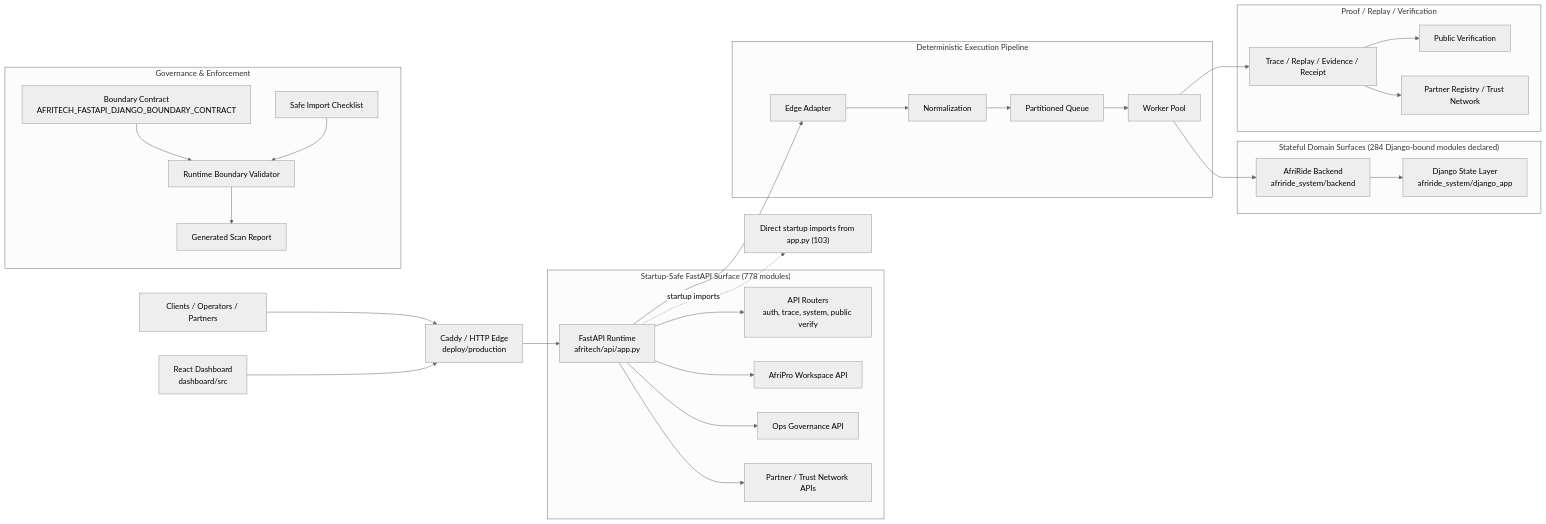
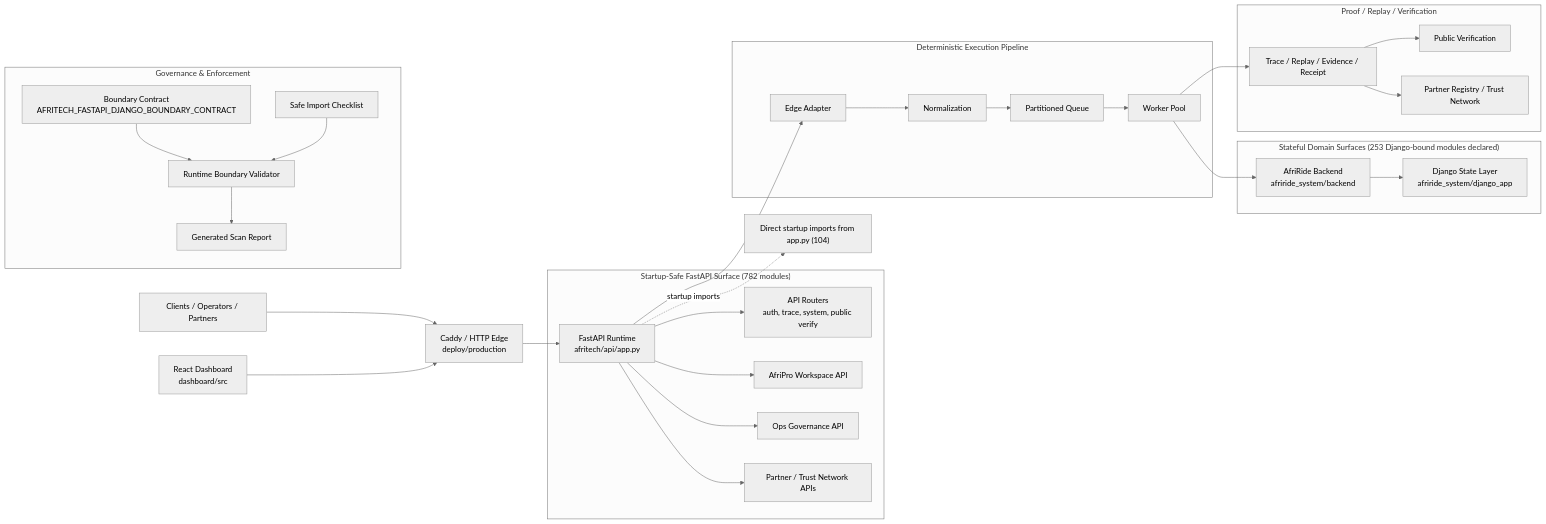
Before and after one commit to Strelly2023/afritelematics: the first of 2 diagrams in docs/architecture/AFRITECH_FULL_ARCHITECTURE_GRAPH.md, drawn with Mermaid (neutral theme). The commit also changed other lines of this file and 25 other files, not shown here.

````diff
--- a/docs/architecture/AFRITECH_FULL_ARCHITECTURE_GRAPH.md
+++ b/docs/architecture/AFRITECH_FULL_ARCHITECTURE_GRAPH.md
@@ -22,39 +22,39 @@
 ```mermaid
 flowchart LR
     Client["Clients / Operators / Partners"] --> Edge["Caddy / HTTP Edge\ndeploy/production"]
     Dashboard["React Dashboard\ndashboard/src"] --> Edge
     Edge --> App["FastAPI Runtime\nafritech/api/app.py"]
 
-    subgraph FastAPI["Startup-Safe FastAPI Surface (778 modules)"]
+    subgraph FastAPI["Startup-Safe FastAPI Surface (782 modules)"]
         App --> Api["API Routers\nauth, trace, system, public verify"]
         App --> Workspace["AfriPro Workspace API"]
         App --> Governance["Ops Governance API"]
         App --> Trust["Partner / Trust Network APIs"]
     end
 
     subgraph Pipeline["Deterministic Execution Pipeline"]
         App --> Adapt["Edge Adapter"]
         Adapt --> Normalize["Normalization"]
         Normalize --> Queue["Partitioned Queue"]
         Queue --> Worker["Worker Pool"]
     end
 
-    subgraph State["Stateful Domain Surfaces (284 Django-bound modules declared)"]
+    subgraph State["Stateful Domain Surfaces (253 Django-bound modules declared)"]
         Worker --> Domain["AfriRide Backend\nafriride_system/backend"]
         Domain --> Django["Django State Layer\nafriride_system/django_app"]
     end
 
     subgraph Proof["Proof / Replay / Verification"]
         Worker --> Trace["Trace / Replay / Evidence / Receipt"]
         Trace --> Public["Public Verification"]
         Trace --> Registry["Partner Registry / Trust Network"]
     end
 
     subgraph GovernancePlane["Governance & Enforcement"]
         Contract["Boundary Contract\nAFRITECH_FASTAPI_DJANGO_BOUNDARY_CONTRACT"] --> Validator["Runtime Boundary Validator"]
         Checklist["Safe Import Checklist"] --> Validator
         Validator --> Review["Generated Scan Report"]
     end
 
-    App -. startup imports .-> Imports["Direct startup imports from app.py (103)"]
+    App -. startup imports .-> Imports["Direct startup imports from app.py (104)"]
 ```
````
